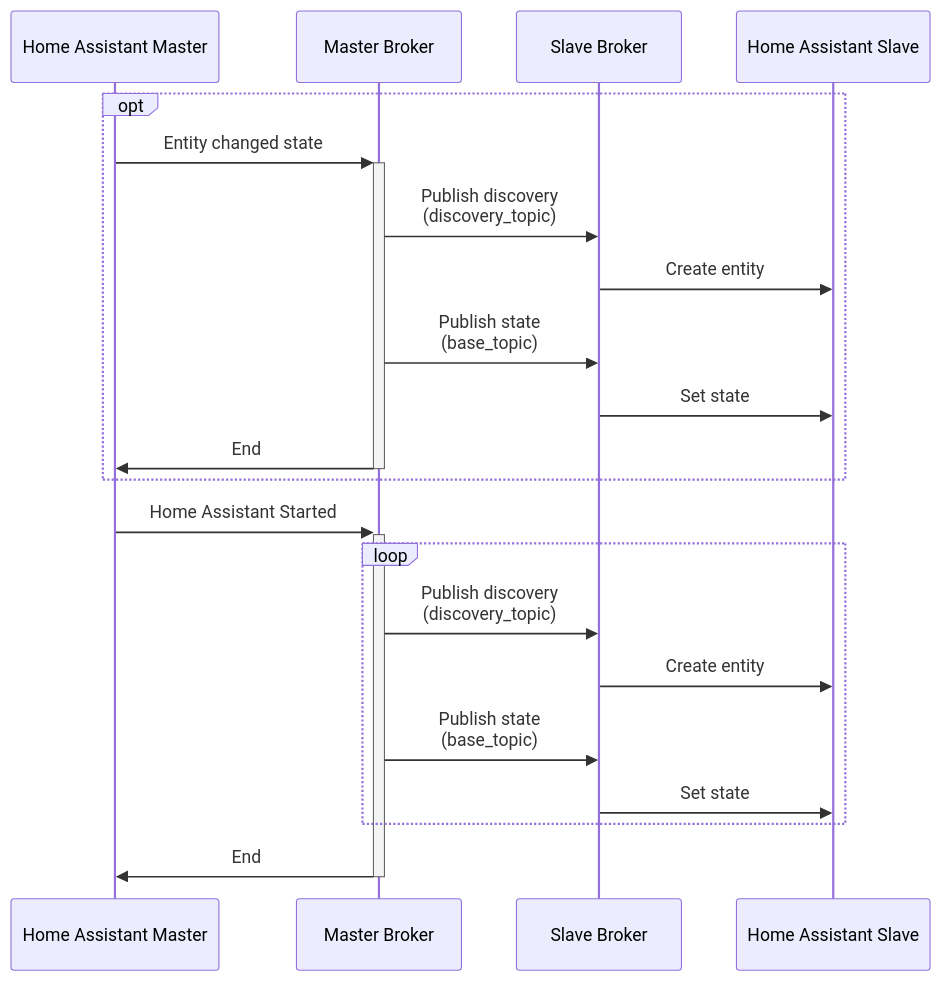
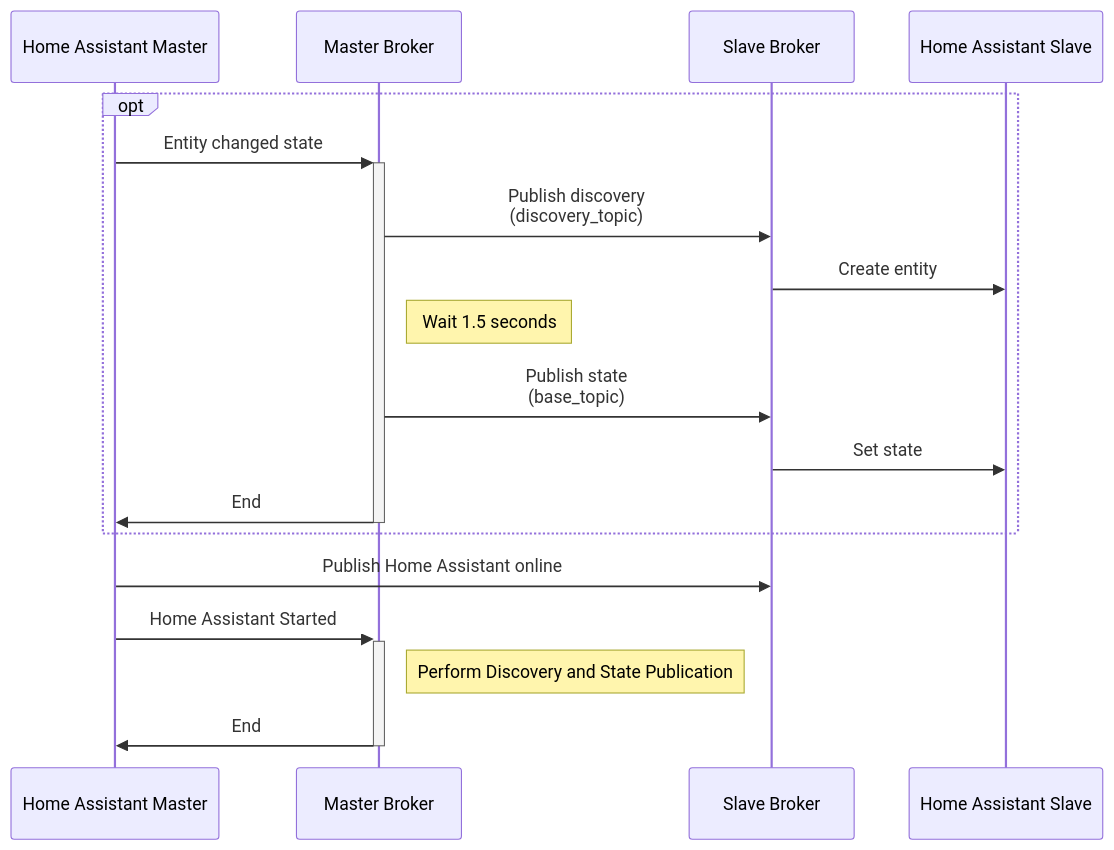
Before and after one commit to RogerSelwyn/mqtt_discoverystream_ha: the first of 3 diagrams in README.md, drawn with Mermaid. The commit also changed other lines of this file, not shown here.

````diff
--- a/README.md
+++ b/README.md
@@ -133,23 +133,20 @@
 ```mermaid
 sequenceDiagram
 participant H as Home Assistant Master
 participant M as Master Broker
 participant S as Slave Broker
 participant R as Home Assistant Slave
 opt
   H->>+M: Entity changed state
   M->>S: Publish discovery<br/>(discovery_topic)
   S->>R: Create entity
+note right of M: Wait 1.5 seconds
   M->>S: Publish state<br/>(base_topic)
   S->>R: Set state
   M->>-H: End
 end
+H->>S: Publish Home Assistant online
 H->>+M: Home Assistant Started
-loop 
-  M->>S: Publish discovery<br/>(discovery_topic)
-  S->>R: Create entity
-  M->>S: Publish state<br/>(base_topic)
-  S->>R: Set state
-end
+note right of M: Perform Discovery and State Publication
 M->>-H: End
 ```
````
